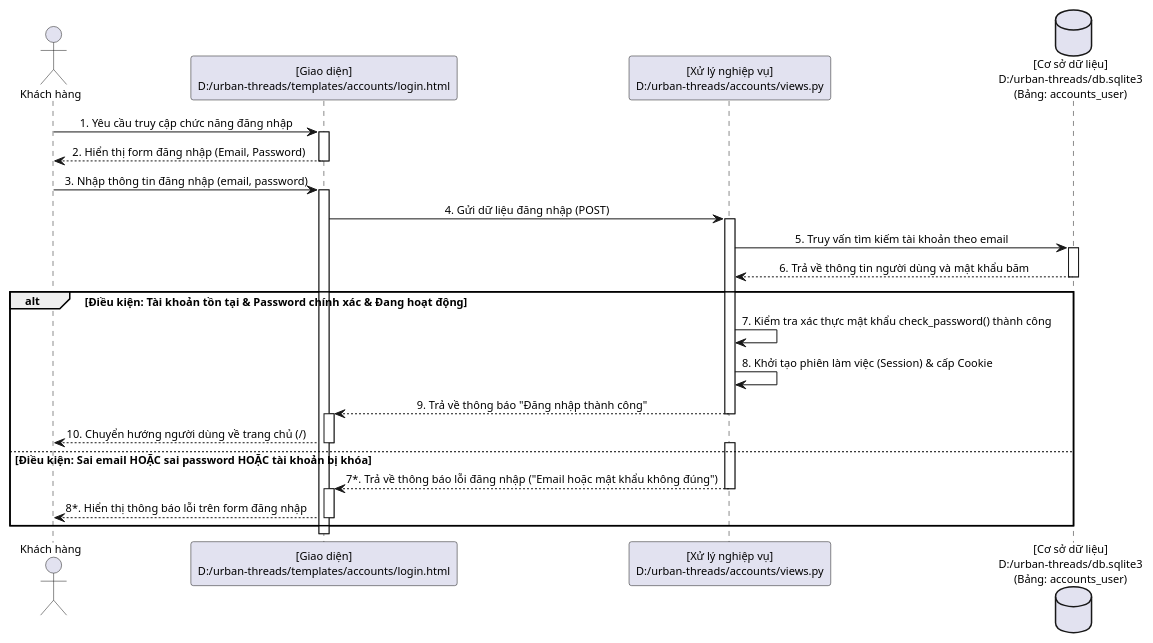
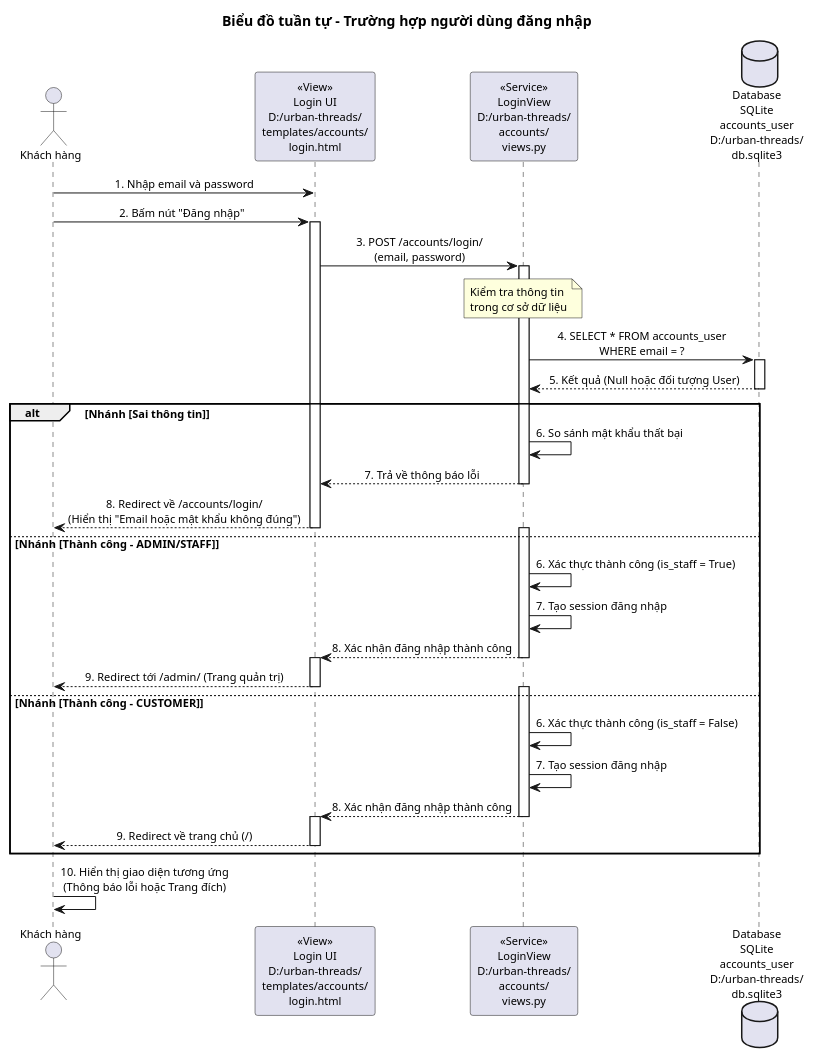
Before and after one commit to HNKILLNET404/lehainam_24ct1_cnpm: the diagram in use_cases/sequence_dang_nhap.puml, drawn with PlantUML. The commit also changed 1 other file, not shown here.

Commit message:
update: Thiet ke lai bieu do tuan tu DK DN theo mau giang vien

```diff
--- a/use_cases/sequence_dang_nhap.puml
+++ b/use_cases/sequence_dang_nhap.puml
@@ -1,47 +1,58 @@
 @startuml
-skinparam sequenceMessageAlign center
 skinparam shadowing false
 skinparam defaultFontName Arial
 skinparam defaultFontSize 11
+skinparam sequenceMessageAlign center
+
+title Biểu đồ tuần tự - Trường hợp người dùng đăng nhập
 
 actor "Khách hàng" as User
-participant "[Giao diện]\nD:/urban-threads/templates/accounts/login.html" as UI
-participant "[Xử lý nghiệp vụ]\nD:/urban-threads/accounts/views.py" as BE
-database "[Cơ sở dữ liệu]\nD:/urban-threads/db.sqlite3\n(Bảng: accounts_user)" as DB
 
-box "Tên chức năng: Đăng nhập hệ thống" #LightYellow
-end box
+participant "«View»\nLogin UI\nD:/urban-threads/\ntemplates/accounts/\nlogin.html" as UI
 
-User -> UI : 1. Yêu cầu truy cập chức năng đăng nhập
+participant "«Service»\nLoginView\nD:/urban-threads/\naccounts/\nviews.py" as BE
+
+database "Database\nSQLite\naccounts_user\nD:/urban-threads/\ndb.sqlite3" as DB
+
+User -> UI : 1. Nhập email và password
+User -> UI : 2. Bấm nút "Đăng nhập"
 activate UI
-UI --> User : 2. Hiển thị form đăng nhập (Email, Password)
-deactivate UI
-
-User -> UI : 3. Nhập thông tin đăng nhập (email, password)
-activate UI
-UI -> BE : 4. Gửi dữ liệu đăng nhập (POST)
+UI -> BE : 3. POST /accounts/login/\n(email, password)
 activate BE
 
-BE -> DB : 5. Truy vấn tìm kiếm tài khoản theo email
+note over BE : Kiểm tra thông tin\ntrong cơ sở dữ liệu
+
+BE -> DB : 4. SELECT * FROM accounts_user\nWHERE email = ?
 activate DB
-DB --> BE : 6. Trả về thông tin người dùng và mật khẩu băm
+DB --> BE : 5. Kết quả (Null hoặc đối tượng User)
 deactivate DB
 
-alt Điều kiện: Tài khoản tồn tại & Password chính xác & Đang hoạt động
-    BE -> BE : 7. Kiểm tra xác thực mật khẩu check_password() thành công
-    BE -> BE : 8. Khởi tạo phiên làm việc (Session) & cấp Cookie
-    BE --> UI : 9. Trả về thông báo "Đăng nhập thành công"
+alt Nhánh [Sai thông tin]
+    BE -> BE : 6. So sánh mật khẩu thất bại
+    BE --> UI : 7. Trả về thông báo lỗi
+    deactivate BE
+    UI --> User : 8. Redirect về /accounts/login/\n(Hiển thị "Email hoặc mật khẩu không đúng")
+    deactivate UI
+else Nhánh [Thành công - ADMIN/STAFF]
+    activate BE
+    BE -> BE : 6. Xác thực thành công (is_staff = True)
+    BE -> BE : 7. Tạo session đăng nhập
+    BE --> UI : 8. Xác nhận đăng nhập thành công
     deactivate BE
     activate UI
-    UI --> User : 10. Chuyển hướng người dùng về trang chủ (/)
+    UI --> User : 9. Redirect tới /admin/ (Trang quản trị)
     deactivate UI
-else Điều kiện: Sai email HOẶC sai password HOẶC tài khoản bị khóa
+else Nhánh [Thành công - CUSTOMER]
     activate BE
-    BE --> UI : 7*. Trả về thông báo lỗi đăng nhập ("Email hoặc mật khẩu không đúng")
+    BE -> BE : 6. Xác thực thành công (is_staff = False)
+    BE -> BE : 7. Tạo session đăng nhập
+    BE --> UI : 8. Xác nhận đăng nhập thành công
     deactivate BE
     activate UI
-    UI --> User : 8*. Hiển thị thông báo lỗi trên form đăng nhập
+    UI --> User : 9. Redirect về trang chủ (/)
     deactivate UI
 end
 
+User -> User : 10. Hiển thị giao diện tương ứng\n(Thông báo lỗi hoặc Trang đích)
+
 @enduml
```
